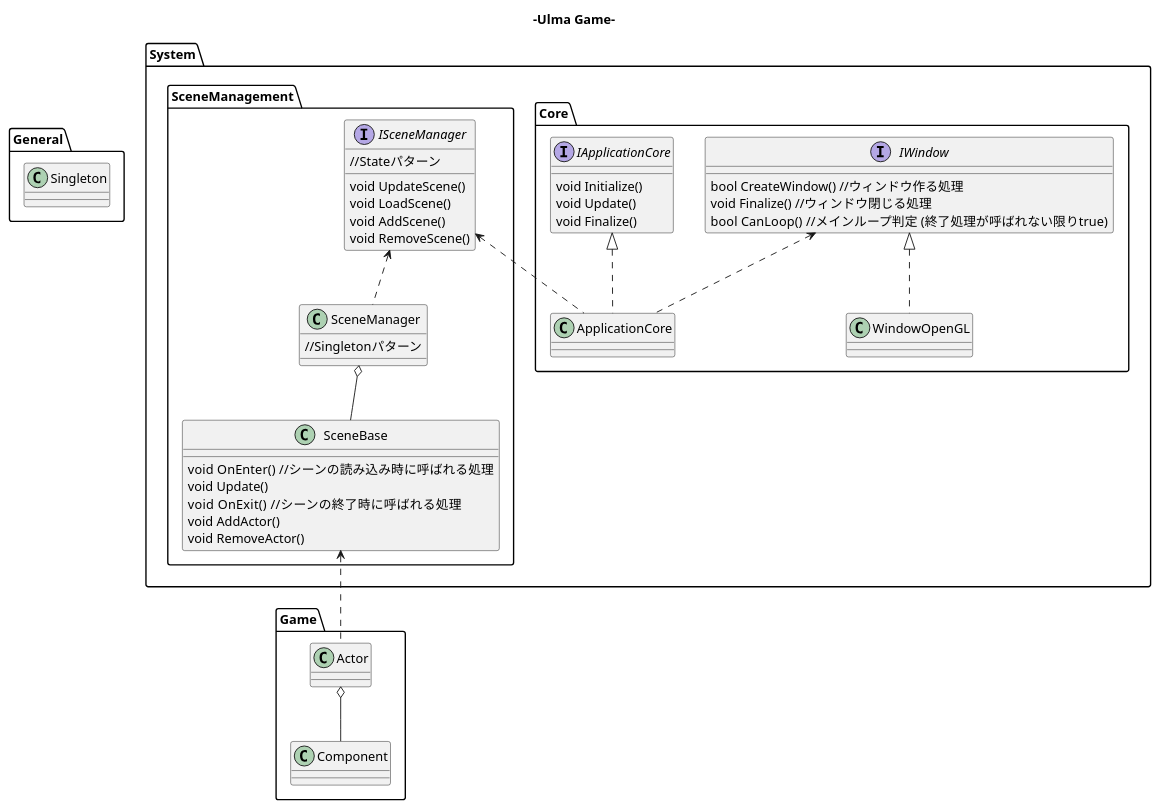
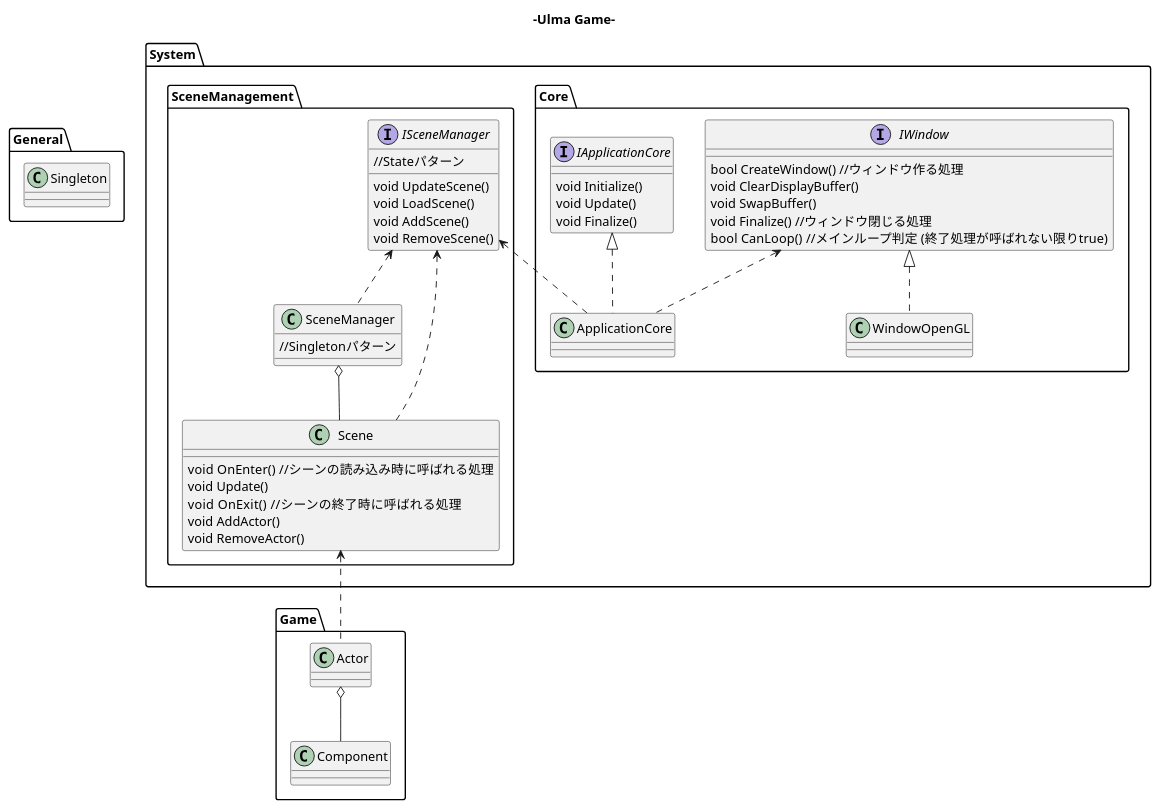
Before and after one commit to Ulma-S/UlmaGame: the diagram in Specification/uml/class_diagram.pu, drawn with PlantUML. The commit also changed 15 other files, not shown here.

```diff
--- a/Specification/uml/class_diagram.pu
+++ b/Specification/uml/class_diagram.pu
@@ -1,71 +1,74 @@
 @startuml
 title -Ulma Game-
 package General{
     class Singleton{
 
     }
 }
 
 package System{
     package Core{
         interface IWindow{
             bool CreateWindow() //ウィンドウ作る処理
+            void ClearDisplayBuffer()
+            void SwapBuffer()
             void Finalize() //ウィンドウ閉じる処理
             bool CanLoop()  //メインループ判定 (終了処理が呼ばれない限りtrue)
         }
 
         class WindowOpenGL{
         }
         IWindow <|.. WindowOpenGL
 
         interface IApplicationCore{
             void Initialize()
             void Update()
             void Finalize()
         }
 
         class ApplicationCore{
 
         }
         IApplicationCore <|.. ApplicationCore
         IWindow <.. ApplicationCore
     }
 
     package SceneManagement{
         interface ISceneManager{
             //Stateパターン
             void UpdateScene()
             void LoadScene()
             void AddScene()
             void RemoveScene()
         }
 
         class SceneManager{
             //Singletonパターン
         }
 
-        class SceneBase{
+        class Scene{
             void OnEnter()  //シーンの読み込み時に呼ばれる処理
             void Update()
             void OnExit()   //シーンの終了時に呼ばれる処理
             void AddActor()
             void RemoveActor()
         }
         ISceneManager <.. SceneManager
-        SceneManager o-- SceneBase
+        ISceneManager <.. Scene
+        SceneManager o-- Scene
     }
     ISceneManager <.. ApplicationCore
 }
 
 package Game{
     class Actor{
 
     }
 
     class Component{
 
     }
 }
-SceneBase <.. Actor
+Scene <.. Actor
 Actor o-- Component
 @enduml
```
